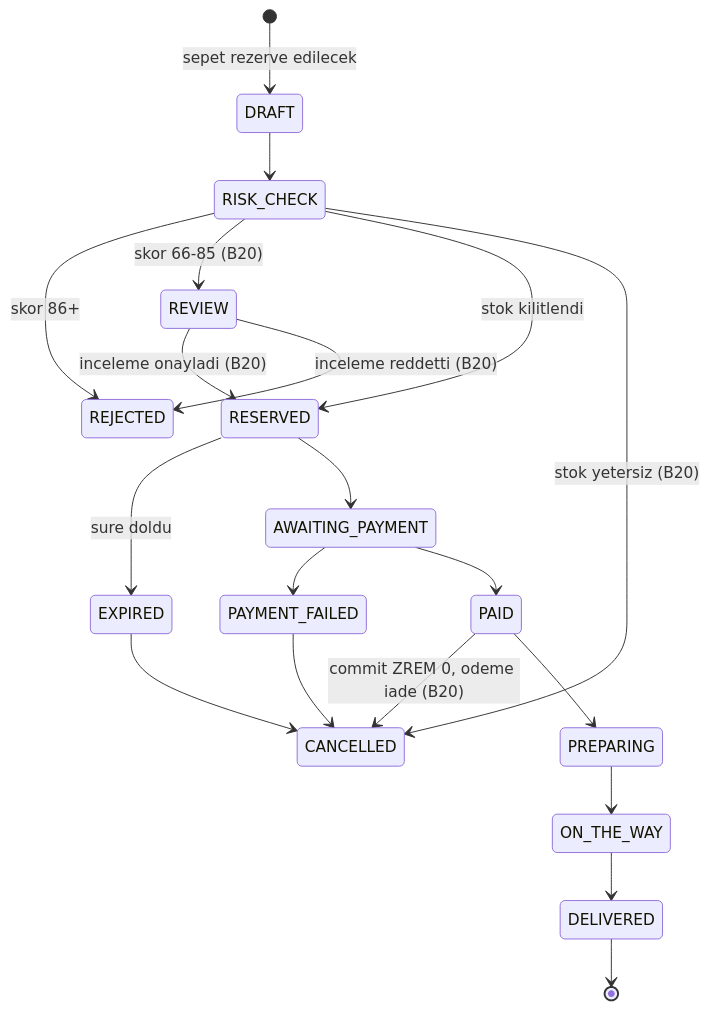
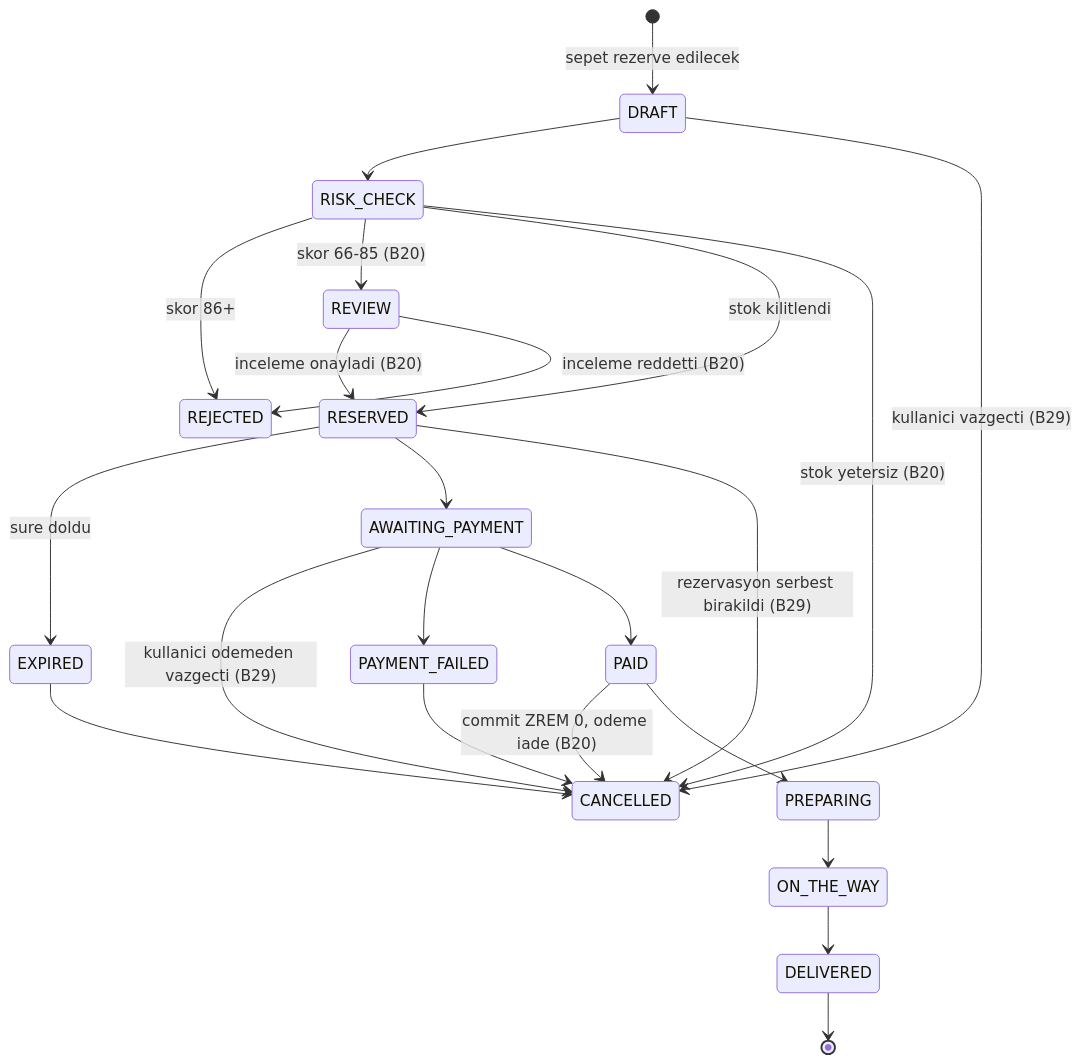
Before and after one commit to berkaydgryl/quick-commerce-microservices: the fifth of 7 diagrams in docs/roadmap.md, drawn with Mermaid. The commit also changed other lines of this file and 14 other files, not shown here.

First line of the commit message:
feat(order): durum makinesi - gecis tablosu, timeline ve iptal (T4.4)

````diff
--- a/docs/roadmap.md
+++ b/docs/roadmap.md
@@ -471,22 +471,25 @@
 ```mermaid
 stateDiagram-v2
   [*] --> DRAFT: sepet rezerve edilecek
   DRAFT --> RISK_CHECK
+  DRAFT --> CANCELLED: kullanici vazgecti (B29)
   RISK_CHECK --> REJECTED: skor 86+
   RISK_CHECK --> REVIEW: skor 66-85 (B20)
   RISK_CHECK --> RESERVED: stok kilitlendi
   RISK_CHECK --> CANCELLED: stok yetersiz (B20)
   REVIEW --> RESERVED: inceleme onayladi (B20)
   REVIEW --> REJECTED: inceleme reddetti (B20)
   RESERVED --> EXPIRED: sure doldu
   RESERVED --> AWAITING_PAYMENT
+  RESERVED --> CANCELLED: rezervasyon serbest birakildi (B29)
+  AWAITING_PAYMENT --> CANCELLED: kullanici odemeden vazgecti (B29)
   AWAITING_PAYMENT --> PAYMENT_FAILED
   AWAITING_PAYMENT --> PAID
   PAYMENT_FAILED --> CANCELLED
   EXPIRED --> CANCELLED
   PAID --> CANCELLED: commit ZREM 0, odeme iade (B20)
   PAID --> PREPARING
   PREPARING --> ON_THE_WAY
   ON_THE_WAY --> DELIVERED
   DELIVERED --> [*]
 ```
````
